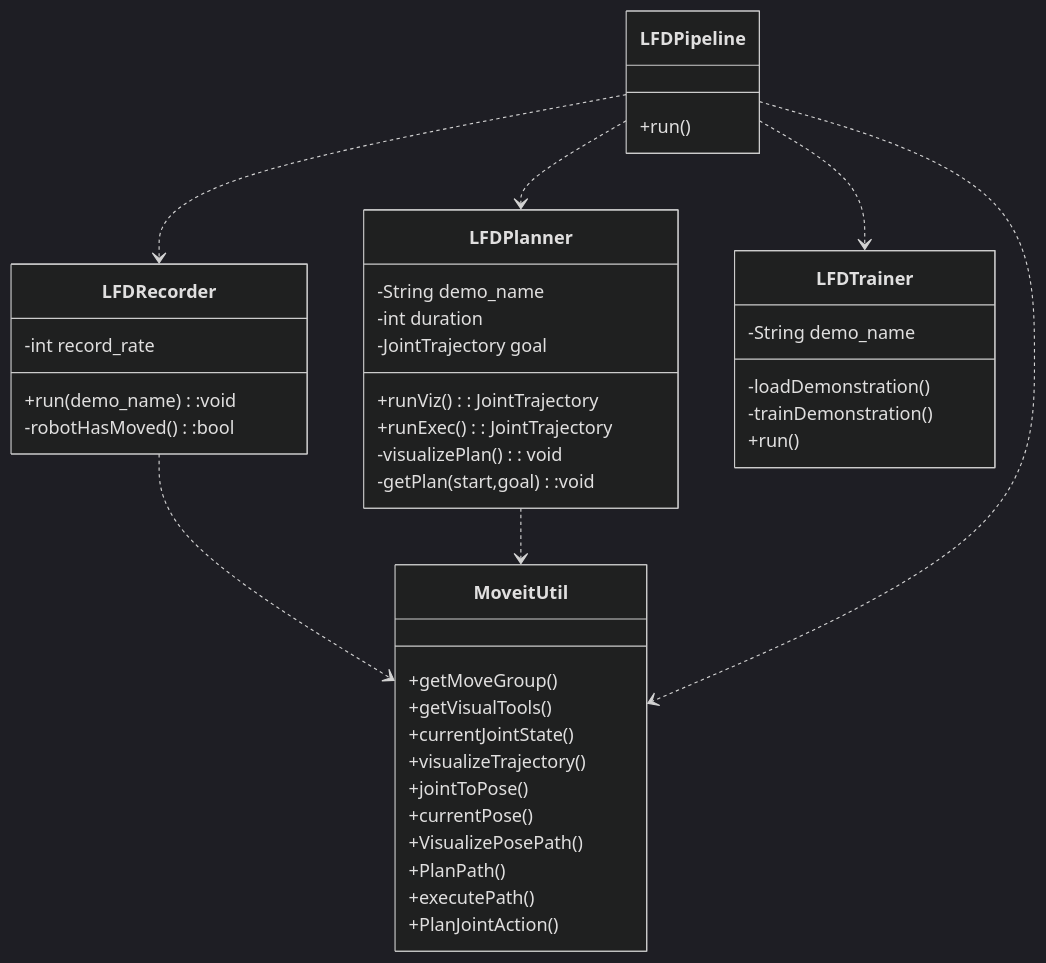
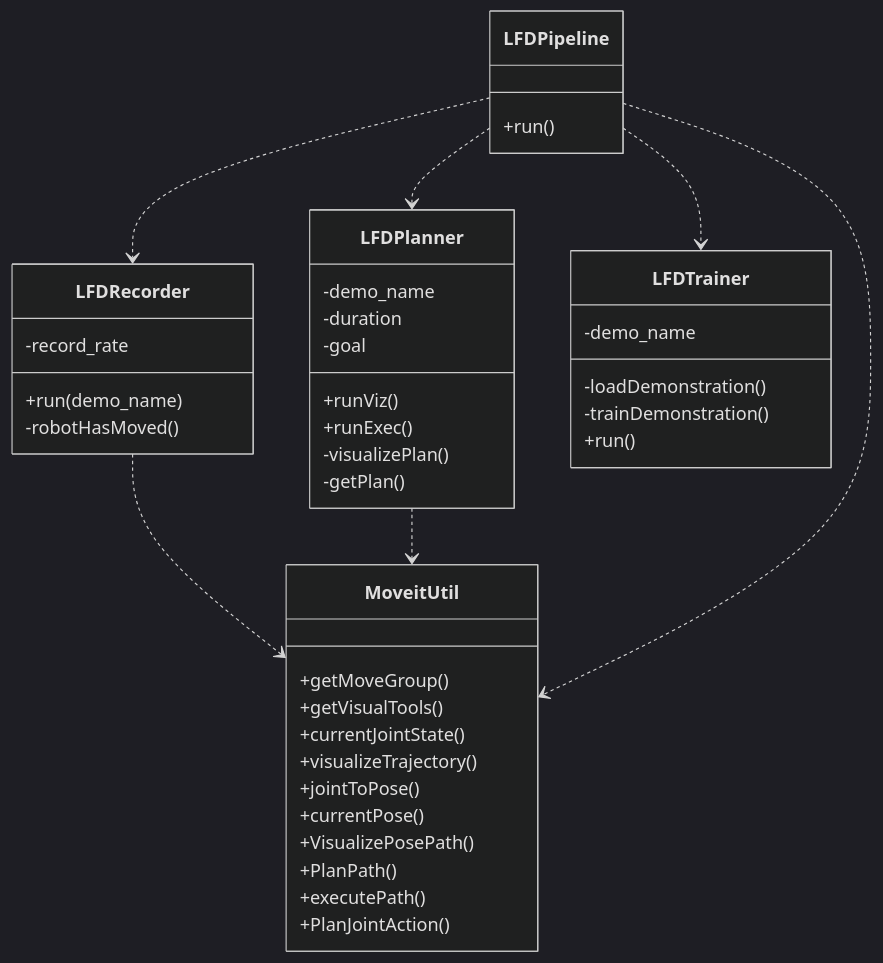
One commit to snt-arg/lfd_interface changed the diagram in misc/thesis/lfd_interface/class.mmd. Above: the diagram before and after it, drawn with Mermaid (dark theme). The commit also changed 4 other files, not shown here.

```diff
--- a/misc/thesis/lfd_interface/class.mmd
+++ b/misc/thesis/lfd_interface/class.mmd
@@ -1,45 +1,43 @@
 classDiagram
-%% LFD Interface
     class LFDPlanner {
-        -String demo_name
-        -int duration
-        -JointTrajectory goal
-        %% +init(demo_name, duration, goal):void
-        +runViz(): JointTrajectory
-        +runExec(): JointTrajectory
-        -visualizePlan(): void
-        -getPlan(start,goal):void
+        -demo_name
+        -duration
+        -goal
+        +runViz()
+        +runExec()
+        -visualizePlan()
+        -getPlan()
     }
     class LFDRecorder {
-        -int record_rate
-        +run(demo_name):void
-        -robotHasMoved():bool
+        -record_rate
+        +run(demo_name)
+        -robotHasMoved()
     }
     class LFDTrainer {
-        -String demo_name
+        -demo_name
         -loadDemonstration()
         -trainDemonstration()
         +run()
     }
     class MoveitUtil {
         +getMoveGroup()
         +getVisualTools()
         +currentJointState()
         +visualizeTrajectory()
         +jointToPose()
         +currentPose()
         +VisualizePosePath()
         +PlanPath()
         +executePath()
         +PlanJointAction()
     }
     class LFDPipeline {
         +run()
     }
 
     LFDRecorder ..> MoveitUtil
     LFDPlanner ..> MoveitUtil
     LFDPipeline ..> MoveitUtil
     LFDPipeline ..> LFDTrainer
     LFDPipeline ..> LFDPlanner
     LFDPipeline ..> LFDRecorder
```
